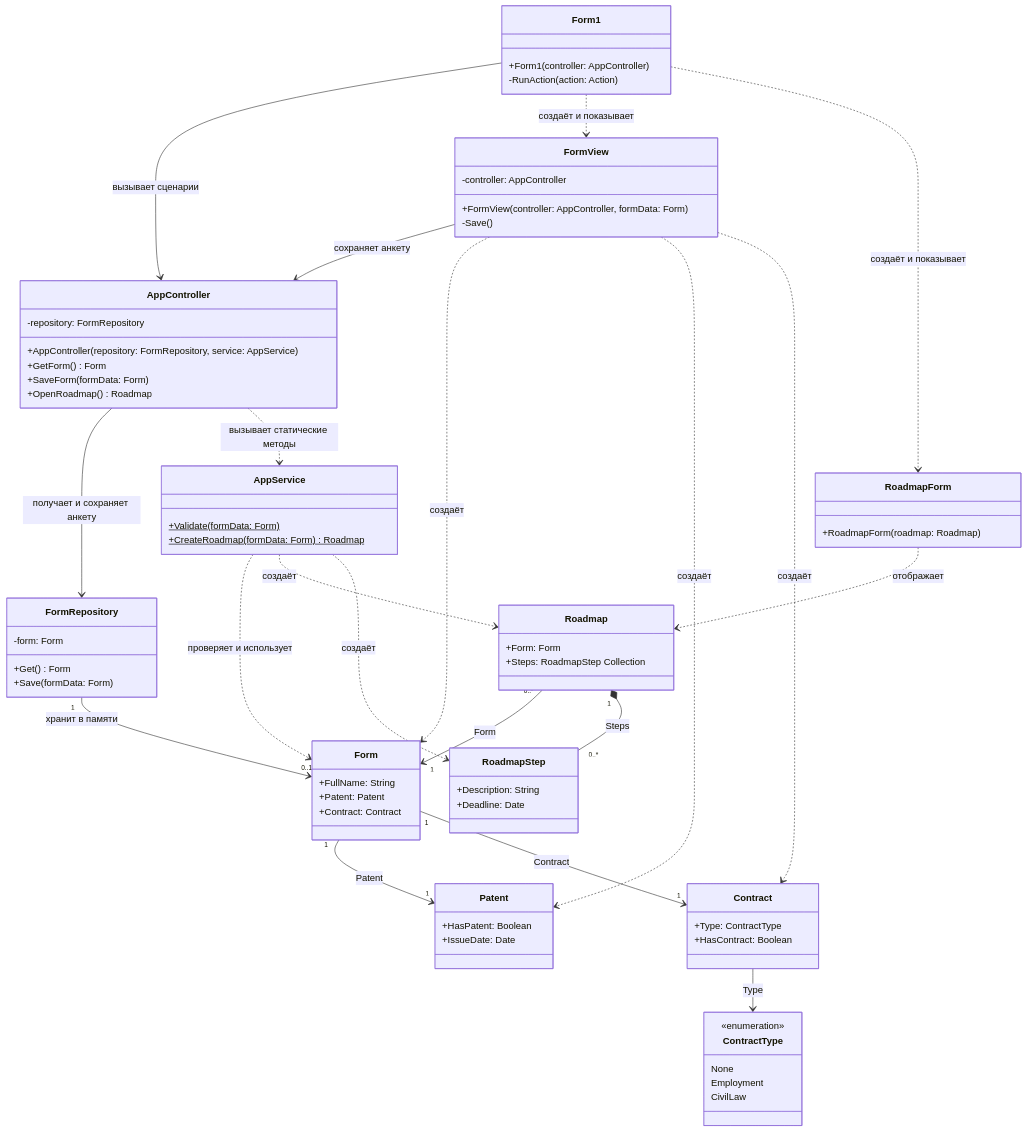
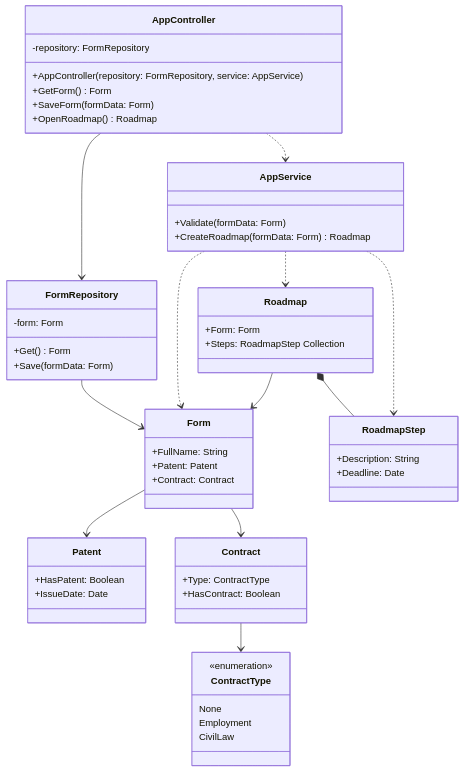
Before and after one commit to Edmorton1/peace: the diagram in _docs/lab5.md, drawn with Mermaid. The commit also changed other lines of this file and 1 other file, not shown here.

Commit message:
диаграммы улучшения

````diff
--- a/_docs/lab5.md
+++ b/_docs/lab5.md
@@ -10,21 +10,6 @@
 ```mermaid
 classDiagram
     direction TB
-
-    class Form1 {
-        +Form1(controller: AppController)
-        -RunAction(action: Action)
-    }
-
-    class FormView {
-        -controller: AppController
-        +FormView(controller: AppController, formData: Form)
-        -Save()
-    }
-
-    class RoadmapForm {
-        +RoadmapForm(roadmap: Roadmap)
-    }
 
     class AppController {
         -repository: FormRepository
@@ -35,8 +20,8 @@
     }
 
     class AppService {
-        +Validate(formData: Form)$
-        +CreateRoadmap(formData: Form) Roadmap$
+        +Validate(formData: Form)
+        +CreateRoadmap(formData: Form) Roadmap
     }
 
     class FormRepository {
@@ -78,25 +63,17 @@
         +Deadline: Date
     }
 
-    Form1 --> AppController : вызывает сценарии
-    Form1 ..> FormView : создаёт и показывает
-    Form1 ..> RoadmapForm : создаёт и показывает
-    FormView --> AppController : сохраняет анкету
-    FormView ..> Form : создаёт
-    FormView ..> Patent : создаёт
-    FormView ..> Contract : создаёт
-    RoadmapForm ..> Roadmap : отображает
 
-    AppController --> FormRepository : получает и сохраняет анкету
-    AppController ..> AppService : вызывает статические методы
-    AppService ..> Form : проверяет и использует
-    AppService ..> Roadmap : создаёт
-    AppService ..> RoadmapStep : создаёт
+    AppController --> FormRepository
+    AppController ..> AppService
+    AppService ..> Form
+    AppService ..> Roadmap
+    AppService ..> RoadmapStep
 
-    FormRepository "1" --> "0..1" Form : хранит в памяти
-    Form "1" --> "1" Patent : Patent
-    Form "1" --> "1" Contract : Contract
-    Contract --> ContractType : Type
-    Roadmap "0..*" --> "1" Form : Form
-    Roadmap "1" *-- "0..*" RoadmapStep : Steps
+    FormRepository --> Form
+    Form --> Patent
+    Form --> Contract
+    Contract --> ContractType
+    Roadmap --> Form
+    Roadmap *-- RoadmapStep
 ```
````
